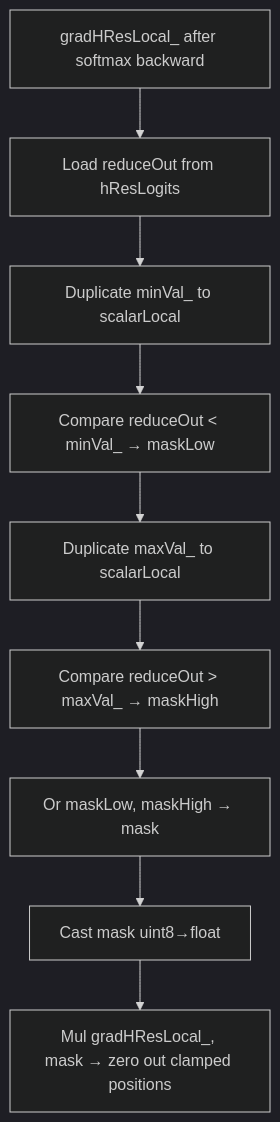
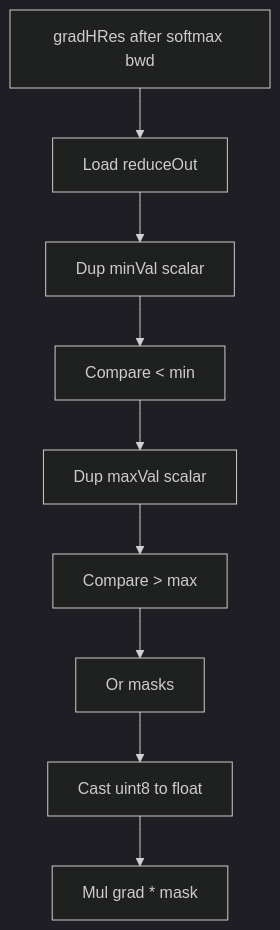
One commit to ChunnX/ops-transformer changed the fourth of 10 diagrams in mhc/mhc_pre_clamp_sinkhorn_backward/docs/MhcPreClampSinkhornBackward_Design.md. Above: the diagram before and after it, drawn with Mermaid (dark theme). The commit also changed other lines of this file, not shown here.

````diff
--- a/mhc/mhc_pre_clamp_sinkhorn_backward/docs/MhcPreClampSinkhornBackward_Design.md
+++ b/mhc/mhc_pre_clamp_sinkhorn_backward/docs/MhcPreClampSinkhornBackward_Design.md
@@ -204,11 +204,11 @@
 ```mermaid
-flowchart TD
-    A[gradHResLocal_ after softmax backward] --> B[Load reduceOut from hResLogits]
-    B --> C[Duplicate minVal_ to scalarLocal]
-    C --> D[Compare reduceOut < minVal_ → maskLow]
-    D --> E[Duplicate maxVal_ to scalarLocal]
-    E --> F[Compare reduceOut > maxVal_ → maskHigh]
-    F --> G[Or maskLow, maskHigh → mask]
-    G --> H[Cast mask uint8→float]
-    H --> I[Mul gradHResLocal_, mask → zero out clamped positions]
+graph TD
+    A[gradHRes after softmax bwd] --> B[Load reduceOut]
+    B --> C[Dup minVal scalar]
+    C --> D[Compare < min]
+    D --> E[Dup maxVal scalar]
+    E --> F[Compare > max]
+    F --> G[Or masks]
+    G --> H[Cast uint8 to float]
+    H --> I[Mul grad * mask]
 ```
````
